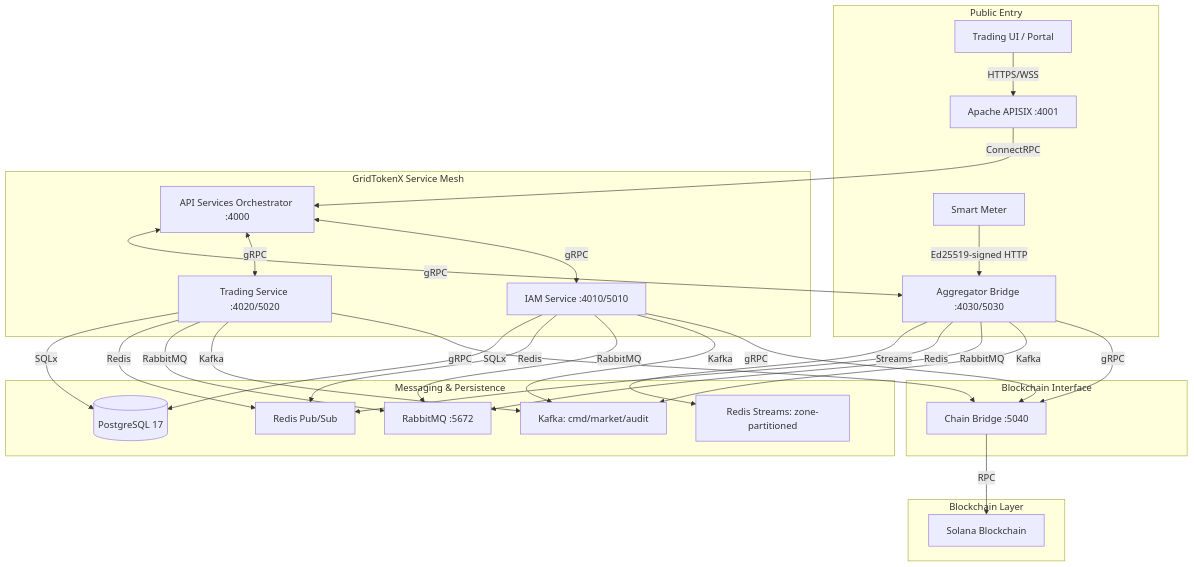
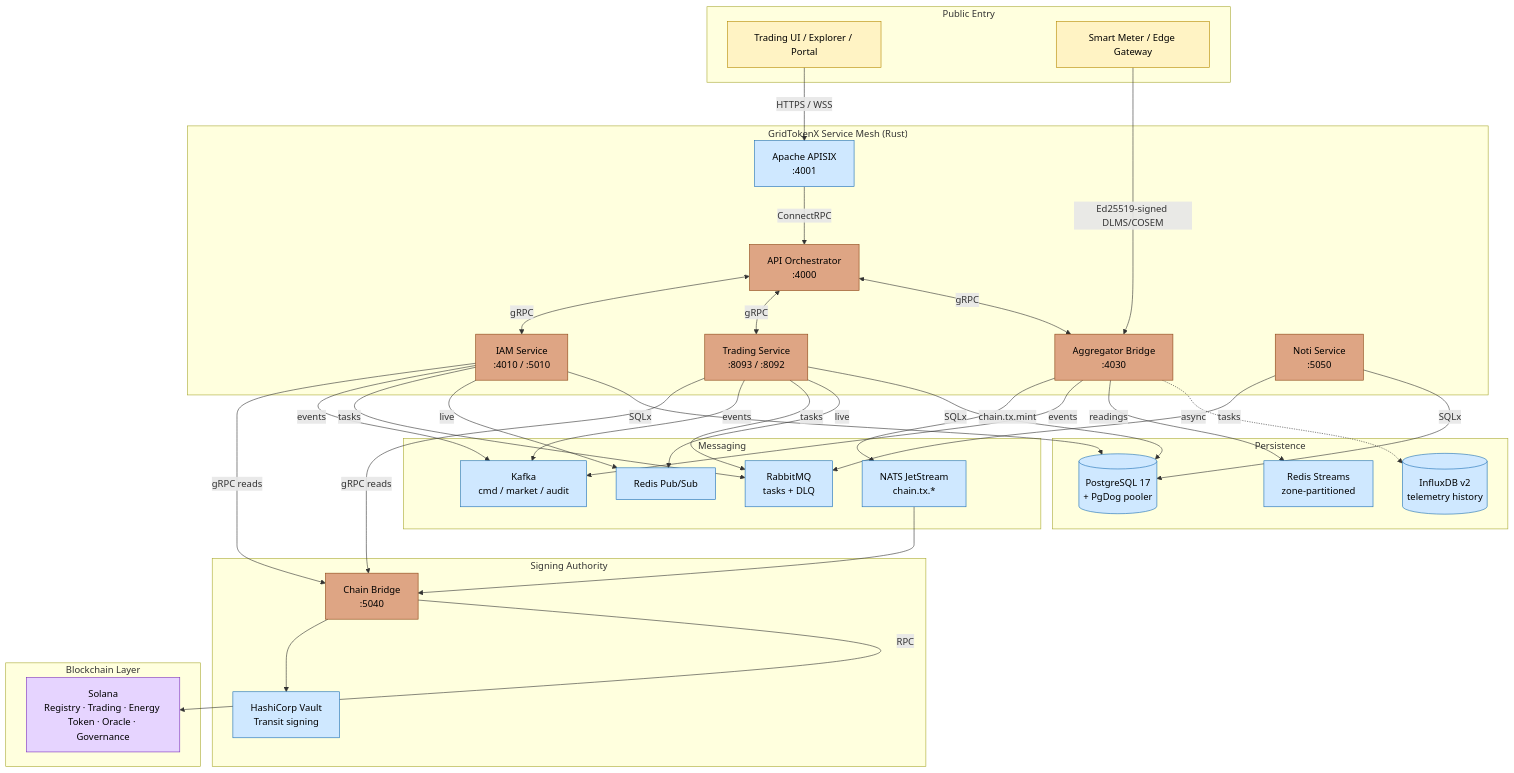
Before and after one commit to NakaSato/gridtokenx-coresystem: the first of 2 diagrams in README.md, drawn with Mermaid. The commit also changed other lines of this file, not shown here.

First line of the commit message:
docs: add Features section and improve README diagrams

````diff
--- a/README.md
+++ b/README.md
@@ -21,30 +21,71 @@
 ```mermaid
 graph TD
-    subgraph "Public Entry"
-        Client[Trading UI / Portal] -->|HTTPS/WSS| APISIX[Apache APISIX :4001]
-        EdgeMeter[Smart Meter] -->|Ed25519-signed HTTP| OracleB
+    subgraph entry["Public Entry"]
+        Client["Trading UI / Explorer / Portal"]
+        EdgeMeter["Smart Meter / Edge Gateway"]
     end
 
-    subgraph "GridTokenX Service Mesh"
-        APISIX -->|ConnectRPC| APIS[API Services Orchestrator :4000]
-        APIS <-->|gRPC| IAM[IAM Service :4010/5010]
-        APIS <-->|gRPC| Trading[Trading Service :4020/5020]
-        APIS <-->|gRPC| OracleB[Aggregator Bridge :4030/5030]
+    subgraph mesh["GridTokenX Service Mesh (Rust)"]
+        APISIX["Apache APISIX<br/>:4001"]
+        APIS["API Orchestrator<br/>:4000"]
+        IAM["IAM Service<br/>:4010 / :5010"]
+        Trading["Trading Service<br/>:8093 / :8092"]
+        OracleB["Aggregator Bridge<br/>:4030"]
+        Noti["Noti Service<br/>:5050"]
     end
 
-    subgraph "Blockchain Interface"
-        IAM & Trading & OracleB -->|gRPC| ChainBridge[Chain Bridge :5040]
+    subgraph signing["Signing Authority"]
+        ChainBridge["Chain Bridge<br/>:5040"]
+        Vault["HashiCorp Vault<br/>Transit signing"]
     end
 
-    subgraph "Blockchain Layer"
-        ChainBridge -->|RPC| Solana[Solana Blockchain]
+    subgraph chain["Blockchain Layer"]
+        Solana["Solana<br/>Registry · Trading · Energy Token · Oracle · Governance"]
     end
 
-    subgraph "Messaging & Persistence"
-        IAM & Trading & OracleB -->|Kafka| Events[Kafka: cmd/market/audit]
-        IAM & Trading & OracleB -->|RabbitMQ| Tasks[RabbitMQ :5672]
-        IAM & Trading & OracleB -->|Redis| Live[Redis Pub/Sub]
-        IAM & Trading -->|SQLx| PostgreS[(PostgreSQL 17)]
-        OracleB -->|Streams| ZoneRedis[Redis Streams: zone-partitioned]
+    subgraph msg["Messaging"]
+        Kafka["Kafka<br/>cmd / market / audit"]
+        Rabbit["RabbitMQ<br/>tasks + DLQ"]
+        NATS["NATS JetStream<br/>chain.tx.*"]
+        Redis["Redis Pub/Sub"]
     end
+
+    subgraph store["Persistence"]
+        Postgres[("PostgreSQL 17<br/>+ PgDog pooler")]
+        ZoneRedis["Redis Streams<br/>zone-partitioned"]
+        Influx[("InfluxDB v2<br/>telemetry history")]
+    end
+
+    %% --- request path ---
+    Client -->|HTTPS / WSS| APISIX
+    EdgeMeter -->|Ed25519-signed DLMS/COSEM| OracleB
+    APISIX -->|ConnectRPC| APIS
+    APIS <-->|gRPC| IAM
+    APIS <-->|gRPC| Trading
+    APIS <-->|gRPC| OracleB
+
+    %% --- blockchain path ---
+    IAM & Trading -->|gRPC reads| ChainBridge
+    OracleB -->|chain.tx.mint| NATS
+    NATS --> ChainBridge
+    ChainBridge --> Vault
+    ChainBridge -->|RPC| Solana
+
+    %% --- messaging + persistence ---
+    IAM & Trading & OracleB -->|events| Kafka
+    IAM & Trading & Noti -->|tasks| Rabbit
+    IAM & Trading -->|live| Redis
+    IAM & Trading -->|SQLx| Postgres
+    Noti -->|SQLx| Postgres
+    OracleB -->|readings| ZoneRedis
+    OracleB -.->|async| Influx
+
+    classDef rust fill:#dea584,stroke:#8b4513,color:#000;
+    classDef infra fill:#cfe8ff,stroke:#1c6fb5,color:#000;
+    classDef chainNode fill:#e6d4ff,stroke:#7b2fbe,color:#000;
+    classDef edge fill:#fff3c4,stroke:#b58900,color:#000;
+    class APIS,IAM,Trading,OracleB,Noti,ChainBridge rust;
+    class Kafka,Rabbit,NATS,Redis,Postgres,ZoneRedis,Influx,APISIX,Vault infra;
+    class Solana chainNode;
+    class EdgeMeter,Client edge;
 ```
````
